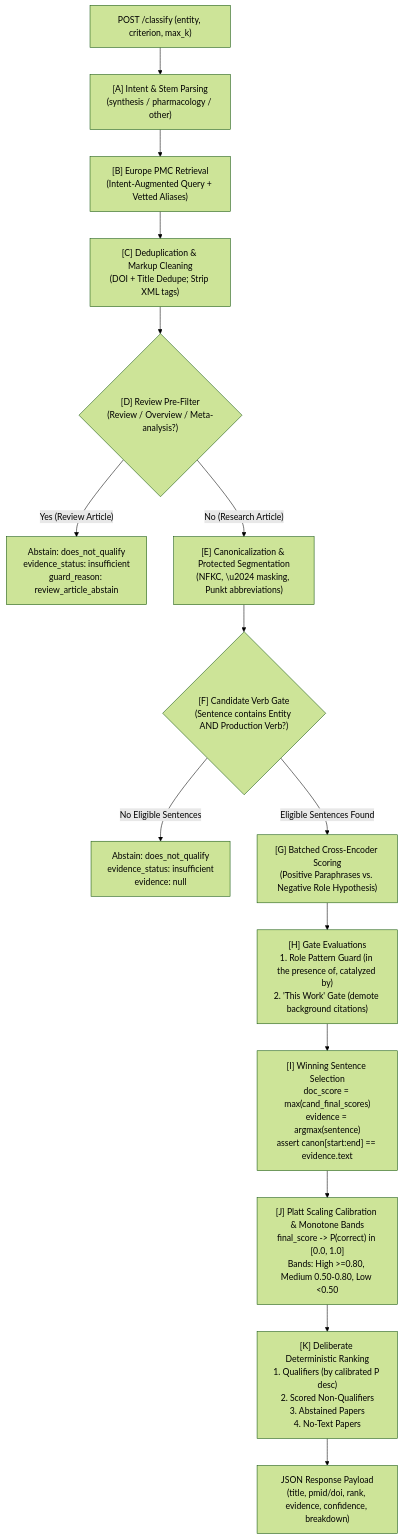
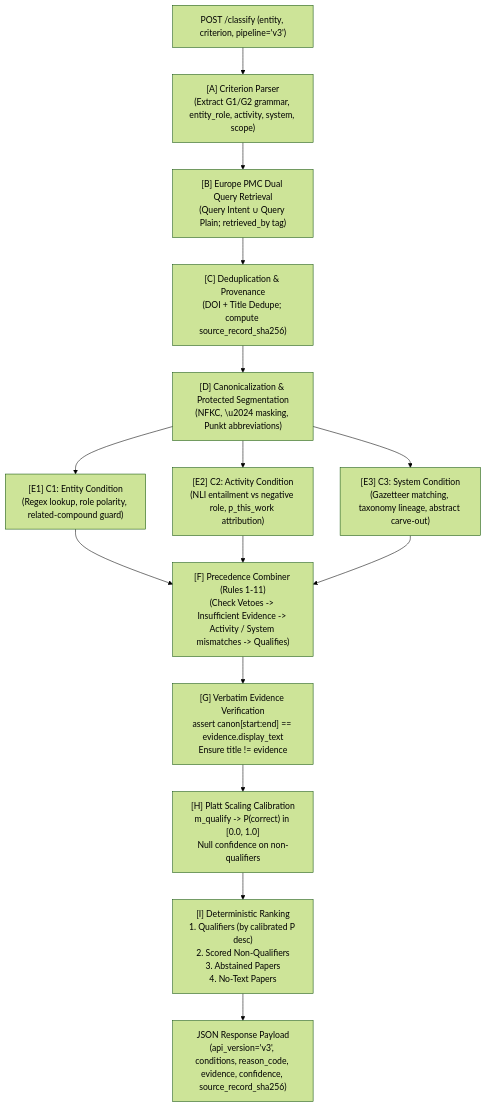
Before and after one commit to invincible1786/literature-classification-engine: the diagram in literature-classifier/ARCHITECTURE.md, drawn with Mermaid (forest theme). The commit also changed other lines of this file and 30 other files, not shown here.

Commit message:
Implement v3 Upgrade Plan: multi-condition checks, 17 reason codes, dual Europe PMC retrieval, verbatim evidence invariant, and Platt scaling

````diff
--- a/literature-classifier/ARCHITECTURE.md
+++ b/literature-classifier/ARCHITECTURE.md
@@ -29,23 +36,21 @@
 ```mermaid
 flowchart TD
-    REQ["POST /classify (entity, criterion, max_k)"] --> INTENT["[A] Intent & Stem Parsing<br/>(synthesis / pharmacology / other)"]
-    INTENT --> RETRIEVE["[B] Europe PMC Retrieval<br/>(Intent-Augmented Query + Vetted Aliases)"]
-    RETRIEVE --> DEDUPE["[C] Deduplication & Markup Cleaning<br/>(DOI + Title Dedupe; Strip XML tags)"]
-    DEDUPE --> PREFILTER{"[D] Review Pre-Filter<br/>(Review / Overview / Meta-analysis?)"}
+    REQ["POST /classify (entity, criterion, pipeline='v3')"] --> PARSE["[A] Criterion Parser<br/>(Extract G1/G2 grammar, entity_role, activity, system, scope)"]
+    PARSE --> RETRIEVE["[B] Europe PMC Dual Query Retrieval<br/>(Query Intent ∪ Query Plain; retrieved_by tag)"]
+    RETRIEVE --> DEDUPE["[C] Deduplication & Provenance<br/>(DOI + Title Dedupe; compute source_record_sha256)"]
+    DEDUPE --> SEGMENT["[D] Canonicalization & Protected Segmentation<br/>(NFKC, \u2024 masking, Punkt abbreviations)"]
     
-    PREFILTER -->|"Yes (Review Article)"| ABSTAIN_REV["Abstain: does_not_qualify<br/>evidence_status: insufficient<br/>guard_reason: review_article_abstain"]
-    PREFILTER -->|"No (Research Article)"| SEGMENT["[E] Canonicalization & Protected Segmentation<br/>(NFKC, \u2024 masking, Punkt abbreviations)"]
+    SEGMENT --> C1["[E1] C1: Entity Condition<br/>(Regex lookup, role polarity, related-compound guard)"]
+    SEGMENT --> C2["[E2] C2: Activity Condition<br/>(NLI entailment vs negative role, p_this_work attribution)"]
+    SEGMENT --> C3["[E3] C3: System Condition<br/>(Gazetteer matching, taxonomy lineage, abstract carve-out)"]
     
-    SEGMENT --> CAND_GATE{"[F] Candidate Verb Gate<br/>(Sentence contains Entity AND Production Verb?)"}
-    CAND_GATE -->|"No Eligible Sentences"| ABSTAIN_NO_VERB["Abstain: does_not_qualify<br/>evidence_status: insufficient<br/>evidence: null"]
+    C1 --> COMBINE["[F] Precedence Combiner (Rules 1-11)<br/>(Check Vetoes -> Insufficient Evidence -> Activity / System mismatches -> Qualifies)"]
+    C2 --> COMBINE
+    C3 --> COMBINE
     
-    CAND_GATE -->|"Eligible Sentences Found"| NLI_BATCH["[G] Batched Cross-Encoder Scoring<br/>(Positive Paraphrases vs. Negative Role Hypothesis)"]
-    NLI_BATCH --> GATES["[H] Gate Evaluations<br/>1. Role Pattern Guard (in the presence of, catalyzed by)<br/>2. 'This Work' Gate (demote background citations)"]
+    COMBINE --> EV_ASSERT["[G] Verbatim Evidence Verification<br/>assert canon[start:end] == evidence.display_text<br/>Ensure title != evidence"]
+    EV_ASSERT --> CALIB["[H] Platt Scaling Calibration<br/>m_qualify -> P(correct) in [0.0, 1.0]<br/>Null confidence on non-qualifiers"]
+    CALIB --> RANK["[I] Deterministic Ranking<br/>1. Qualifiers (by calibrated P desc)<br/>2. Scored Non-Qualifiers<br/>3. Abstained Papers<br/>4. No-Text Papers"]
     
-    GATES --> SENT_DECIDE["[I] Winning Sentence Selection<br/>doc_score = max(cand_final_scores)<br/>evidence = argmax(sentence)<br/>assert canon[start:end] == evidence.text"]
-    
-    SENT_DECIDE --> CALIB["[J] Platt Scaling Calibration & Monotone Bands<br/>final_score -> P(correct) in [0.0, 1.0]<br/>Bands: High >=0.80, Medium 0.50-0.80, Low <0.50"]
-    CALIB --> RANK["[K] Deliberate Deterministic Ranking<br/>1. Qualifiers (by calibrated P desc)<br/>2. Scored Non-Qualifiers<br/>3. Abstained Papers<br/>4. No-Text Papers"]
-    
-    RANK --> RESP["JSON Response Payload<br/>(title, pmid/doi, rank, evidence, confidence, breakdown)"]
+    RANK --> RESP["JSON Response Payload<br/>(api_version='v3', conditions, reason_code, evidence, confidence, source_record_sha256)"]
 ```
````
